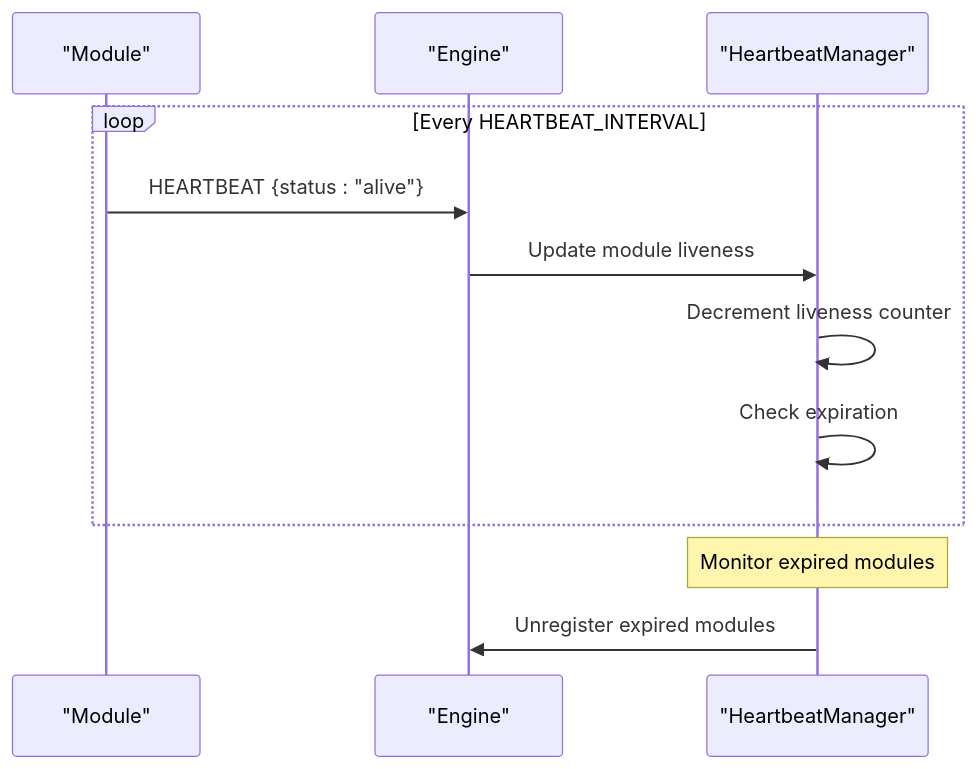
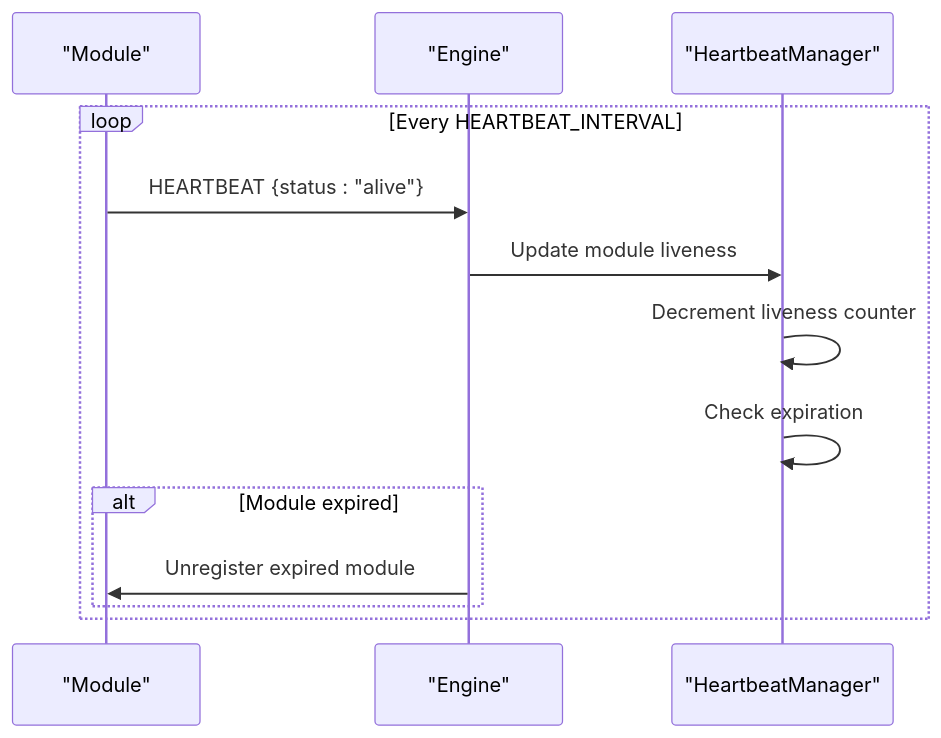
One commit to zt281/TycheEngine changed the sixth of 8 diagrams in .qoder/repowiki/en/content/Core Components/TycheModule System.md. Above: the diagram before and after it, drawn with Mermaid. The commit also changed other lines of this file and 34 other files, not shown here.

````diff
--- a/.qoder/repowiki/en/content/Core Components/TycheModule System.md
+++ b/.qoder/repowiki/en/content/Core Components/TycheModule System.md
@@ -354,14 +334,15 @@
 ```mermaid
 sequenceDiagram
 participant Module as "Module"
 participant Engine as "Engine"
 participant HBMgr as "HeartbeatManager"
 loop Every HEARTBEAT_INTERVAL
 Module->>Engine : HEARTBEAT {status : "alive"}
 Engine->>HBMgr : Update module liveness
 HBMgr->>HBMgr : Decrement liveness counter
 HBMgr->>HBMgr : Check expiration
+alt Module expired
+Engine->>Module : Unregister expired module
 end
-Note over HBMgr : Monitor expired modules
-HBMgr->>Engine : Unregister expired modules
+end
 ```
````
